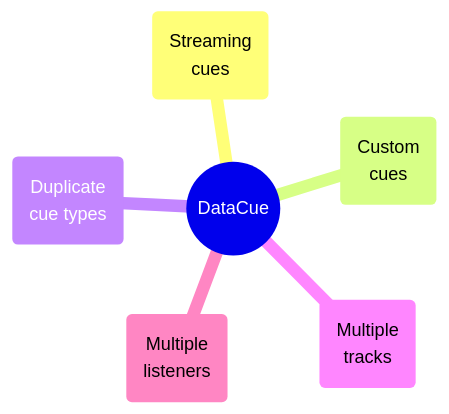
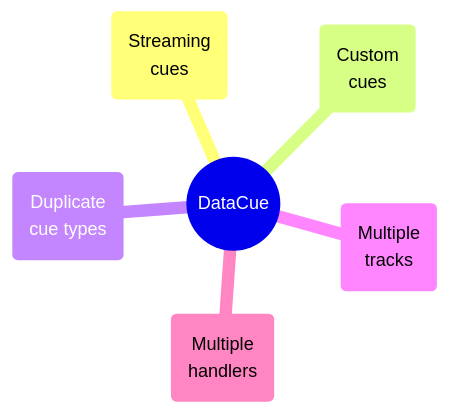
Before and after one commit to webvmt/vmt-sync-examples: the second of 2 diagrams in README.md, drawn with Mermaid. The commit also changed other lines of this file, not shown here.

`````diff
--- a/README.md
+++ b/README.md
@@ -53,14 +54,14 @@
 ````mermaid
 mindmap
 ((DataCue))
   A("Streaming
 cues")
   B("Custom
 cues")
   C("Duplicate
 cue types")
   D("Multiple
 tracks")
   E("Multiple
-listeners")
+handlers")
 ````
`````
